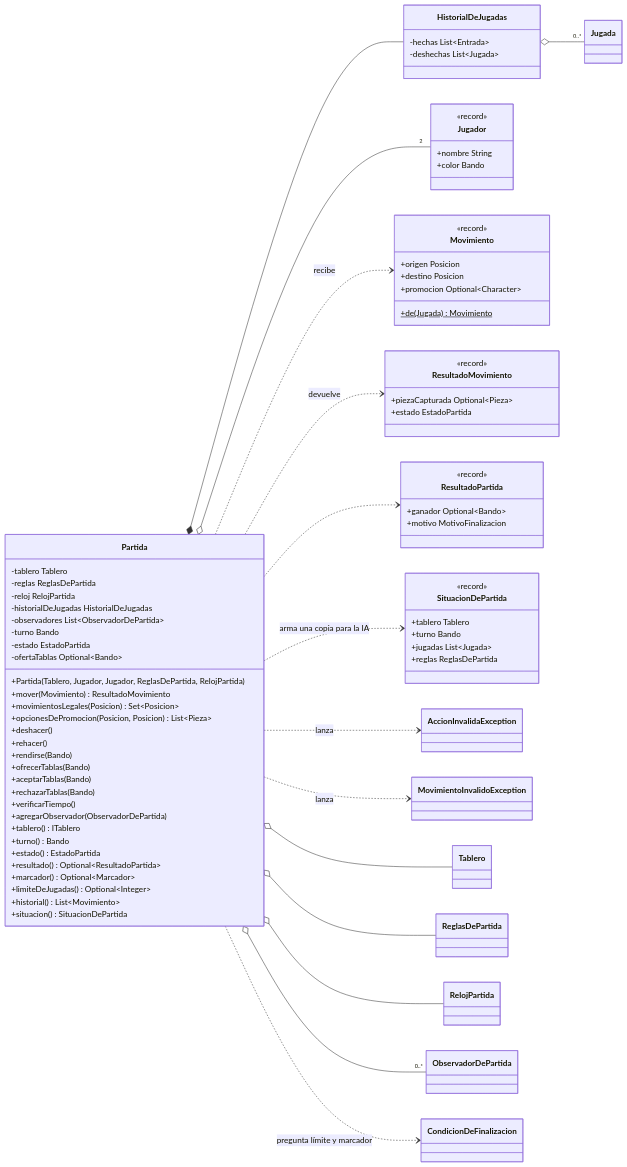
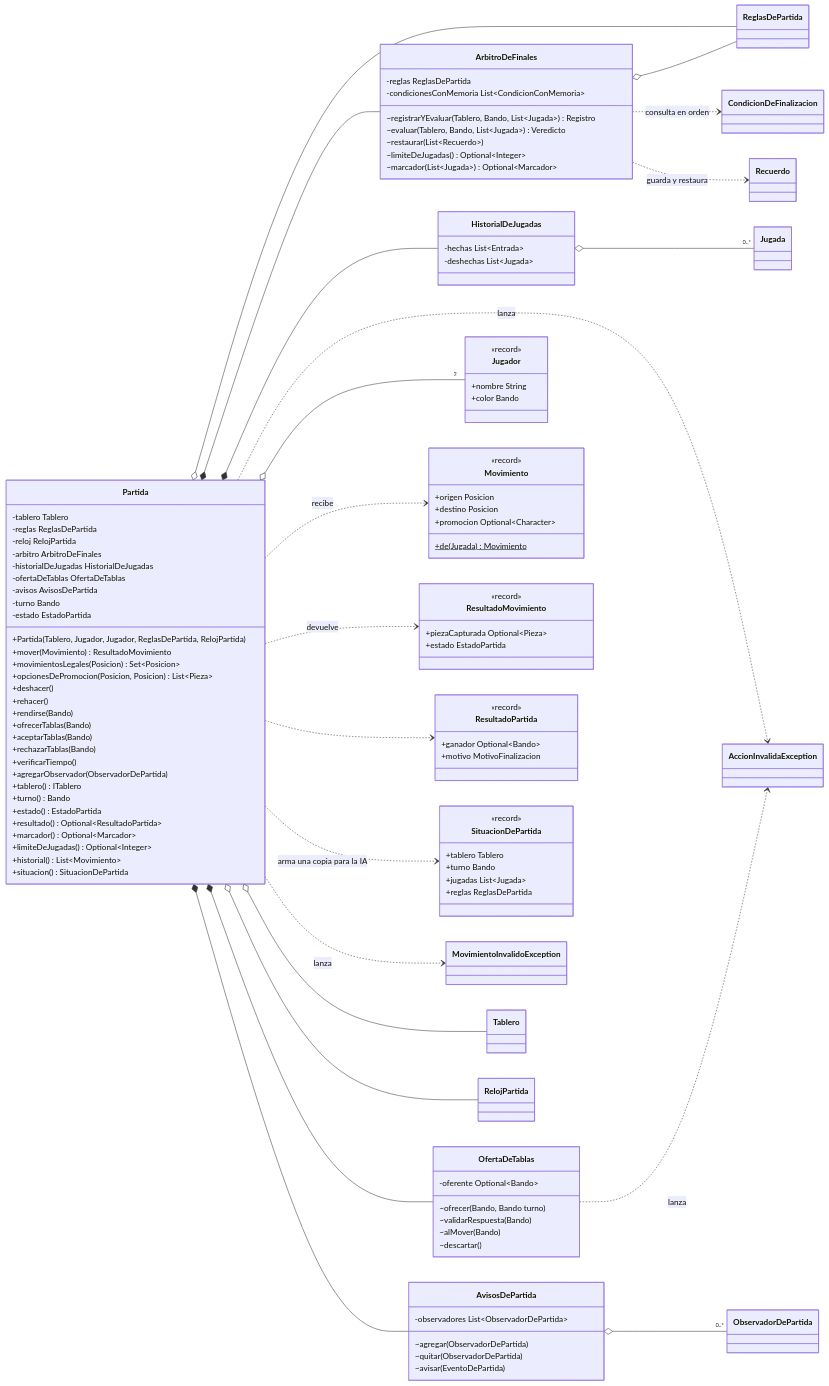
One commit to JoaquinIgnacioCampos/Chiquichess changed the first of 3 diagrams in docs/uml/05-partida.md. Above: the diagram before and after it, drawn with Mermaid. The commit also changed other lines of this file and 20 other files, not shown here.

First line of the commit message:
Parte Partida en clases con una responsabilidad cada una

````diff
--- a/docs/uml/05-partida.md
+++ b/docs/uml/05-partida.md
@@ -14,11 +23,12 @@
         -tablero Tablero
         -reglas ReglasDePartida
         -reloj RelojPartida
+        -arbitro ArbitroDeFinales
         -historialDeJugadas HistorialDeJugadas
-        -observadores List~ObservadorDePartida~
+        -ofertaDeTablas OfertaDeTablas
+        -avisos AvisosDePartida
         -turno Bando
         -estado EstadoPartida
-        -ofertaTablas Optional~Bando~
         +Partida(Tablero, Jugador, Jugador, ReglasDePartida, RelojPartida)
         +mover(Movimiento) ResultadoMovimiento
         +movimientosLegales(Posicion) Set~Posicion~
@@ -41,9 +51,31 @@
         +situacion() SituacionDePartida
     }
 
+    class ArbitroDeFinales {
+        -reglas ReglasDePartida
+        -condicionesConMemoria List~CondicionConMemoria~
+        ~registrarYEvaluar(Tablero, Bando, List~Jugada~) Registro
+        ~evaluar(Tablero, Bando, List~Jugada~) Veredicto
+        ~restaurar(List~Recuerdo~)
+        ~limiteDeJugadas() Optional~Integer~
+        ~marcador(List~Jugada~) Optional~Marcador~
+    }
     class HistorialDeJugadas {
         -hechas List~Entrada~
         -deshechas List~Jugada~
+    }
+    class OfertaDeTablas {
+        -oferente Optional~Bando~
+        ~ofrecer(Bando, Bando turno)
+        ~validarRespuesta(Bando)
+        ~alMover(Bando)
+        ~descartar()
+    }
+    class AvisosDePartida {
+        -observadores List~ObservadorDePartida~
+        ~agregar(ObservadorDePartida)
+        ~quitar(ObservadorDePartida)
+        ~avisar(EventoDePartida)
     }
 
     class Jugador {
@@ -78,18 +110,24 @@
     class AccionInvalidaException
     class MovimientoInvalidoException
 
+    Partida *-- ArbitroDeFinales
     Partida *-- HistorialDeJugadas
+    Partida *-- OfertaDeTablas
+    Partida *-- AvisosDePartida
     Partida o-- Tablero
     Partida o-- ReglasDePartida
     Partida o-- RelojPartida
     Partida o-- "2" Jugador
-    Partida o-- "0..*" ObservadorDePartida
     Partida ..> Movimiento : recibe
     Partida ..> ResultadoMovimiento : devuelve
     Partida ..> ResultadoPartida
     Partida ..> SituacionDePartida : arma una copia para la IA
-    Partida ..> CondicionDeFinalizacion : pregunta límite y marcador
     Partida ..> AccionInvalidaException : lanza
     Partida ..> MovimientoInvalidoException : lanza
+    ArbitroDeFinales o-- ReglasDePartida
+    ArbitroDeFinales ..> CondicionDeFinalizacion : consulta en orden
+    ArbitroDeFinales ..> Recuerdo : guarda y restaura
     HistorialDeJugadas o-- "0..*" Jugada
+    OfertaDeTablas ..> AccionInvalidaException : lanza
+    AvisosDePartida o-- "0..*" ObservadorDePartida
 ```
````
